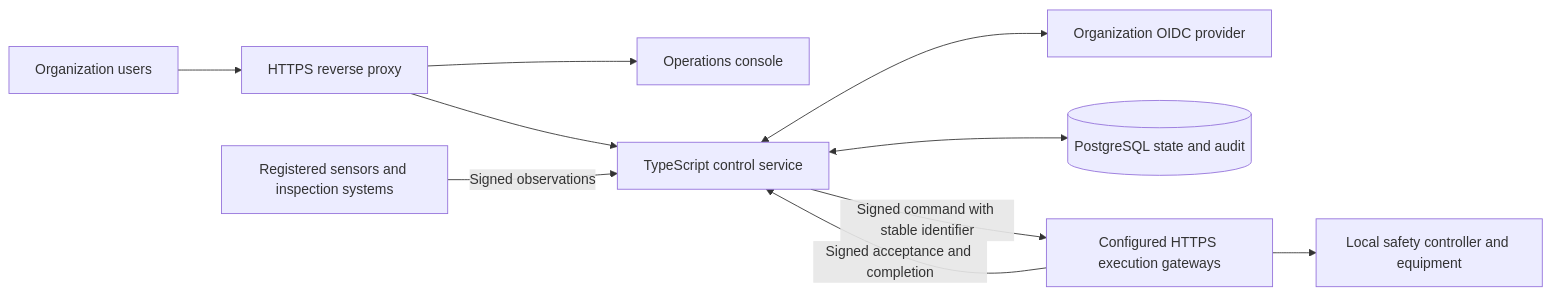
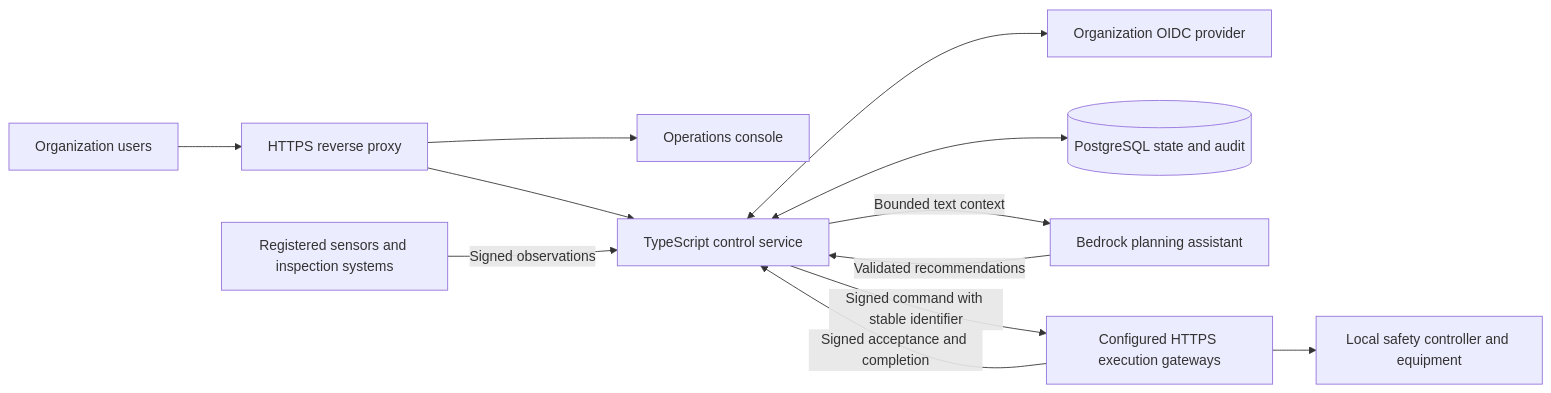
One commit to leiliu500/physical_ai changed the first of 2 diagrams in fed-physical-ai/docs/ARCHITECTURE.md. Above: the diagram before and after it, drawn with Mermaid. The commit also changed other lines of this file and 64 other files, not shown here.

Commit message:
Add GovCloud ECS deployment, Bedrock planning and robot icons

````diff
--- a/fed-physical-ai/docs/ARCHITECTURE.md
+++ b/fed-physical-ai/docs/ARCHITECTURE.md
@@ -7,12 +7,14 @@
 ```mermaid
 flowchart LR
   Users[Organization users] --> TLS[HTTPS reverse proxy]
   TLS --> Console[Operations console]
   TLS --> Service[TypeScript control service]
   Service <--> IdP[Organization OIDC provider]
   Service <--> DB[(PostgreSQL state and audit)]
+  Service -->|Bounded text context| Bedrock[Bedrock planning assistant]
+  Bedrock -->|Validated recommendations| Service
   Devices[Registered sensors and inspection systems] -->|Signed observations| Service
   Service -->|Signed command with stable identifier| Gateway[Configured HTTPS execution gateways]
   Gateway -->|Signed acceptance and completion| Service
   Gateway --> Local[Local safety controller and equipment]
 ```
````
